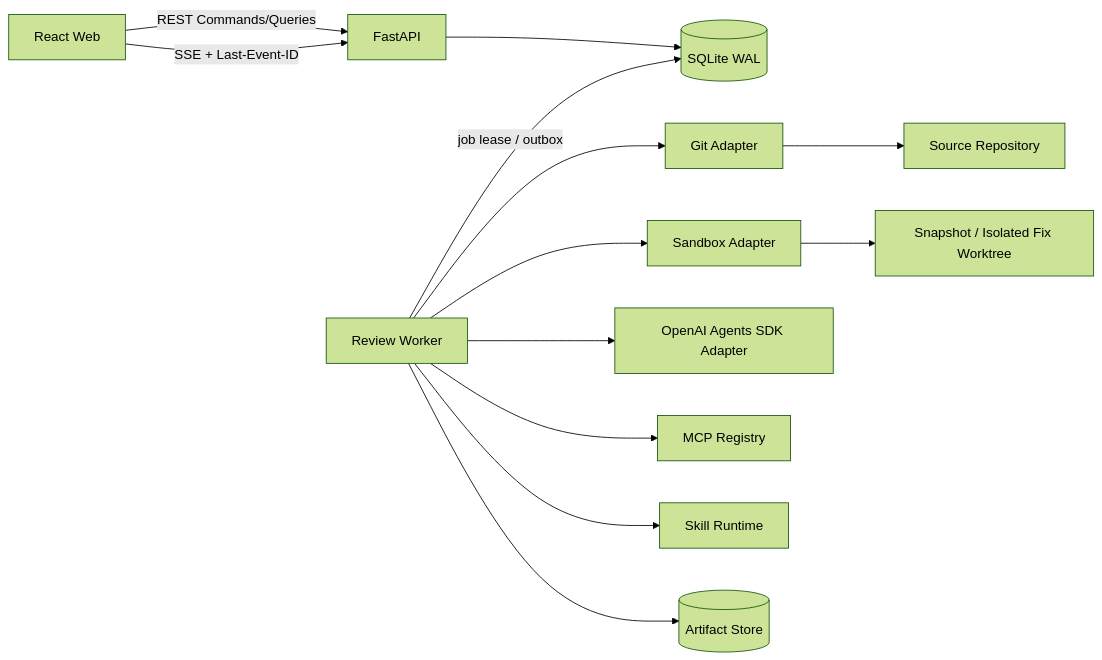
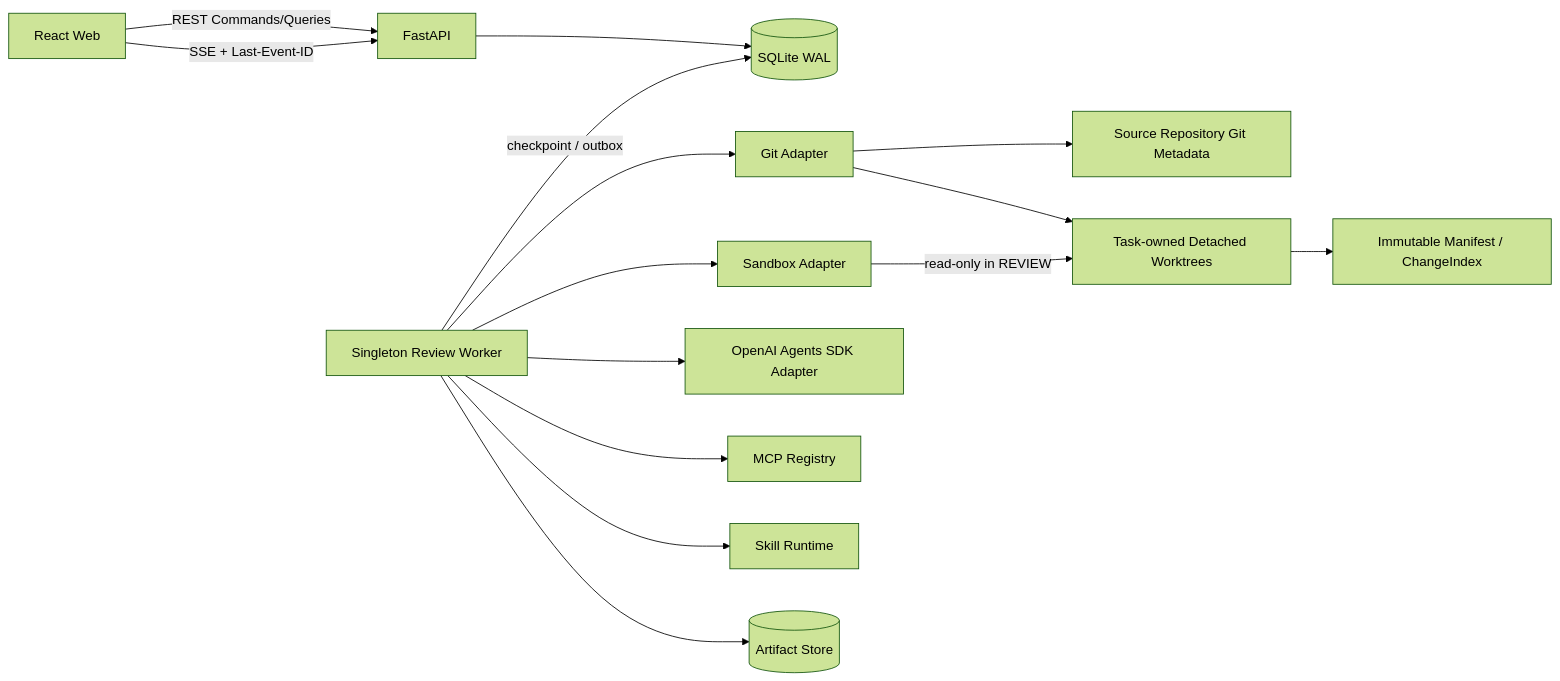
One commit to shinerio/CodeLens changed the first of 2 diagrams in docs/superpowers/specs/2026-07-17-codelens-review-app-design.md. Above: the diagram before and after it, drawn with Mermaid (forest theme). The commit also changed other lines of this file and 9 other files, not shown here.

````diff
--- a/docs/superpowers/specs/2026-07-17-codelens-review-app-design.md
+++ b/docs/superpowers/specs/2026-07-17-codelens-review-app-design.md
@@ -81,15 +86,17 @@
 ```mermaid
 flowchart LR
     UI[React Web] -->|REST Commands/Queries| API[FastAPI]
     API --> DB[(SQLite WAL)]
     UI -->|SSE + Last-Event-ID| API
-    Worker[Review Worker] -->|job lease / outbox| DB
+    Worker[Singleton Review Worker] -->|checkpoint / outbox| DB
     Worker --> Git[Git Adapter]
     Worker --> Sandbox[Sandbox Adapter]
     Worker --> AgentRuntime[OpenAI Agents SDK Adapter]
     Worker --> MCP[MCP Registry]
     Worker --> Skills[Skill Runtime]
     Worker --> Artifacts[(Artifact Store)]
-    Git --> Repo[Source Repository]
-    Sandbox --> Snapshot[Snapshot / Isolated Fix Worktree]
+    Git --> Repo[Source Repository Git Metadata]
+    Git --> WT[Task-owned Detached Worktrees]
+    Sandbox -->|read-only in REVIEW| WT
+    WT --> Snapshot[Immutable Manifest / ChangeIndex]
 ```
````
